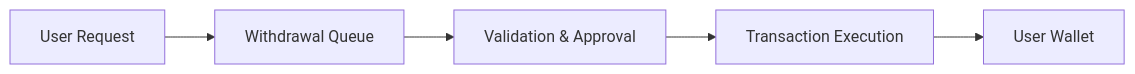
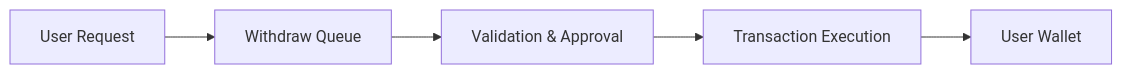
One commit to FOPEN2010/docs changed the diagram in product/withdrawal.mdx. Above: the diagram before and after it, drawn with Mermaid. The commit also changed other lines of this file and 11 other files, not shown here.

````diff
--- a/product/withdrawal.mdx
+++ b/product/withdrawal.mdx
@@ -20,7 +19,7 @@
 ```mermaid
 flowchart LR
-    A[User Request] --> B[Withdrawal Queue]
+    A[User Request] --> B[Withdraw Queue]
     B --> C[Validation & Approval]
     C --> D[Transaction Execution]
     D --> E[User Wallet]
 ```
````
